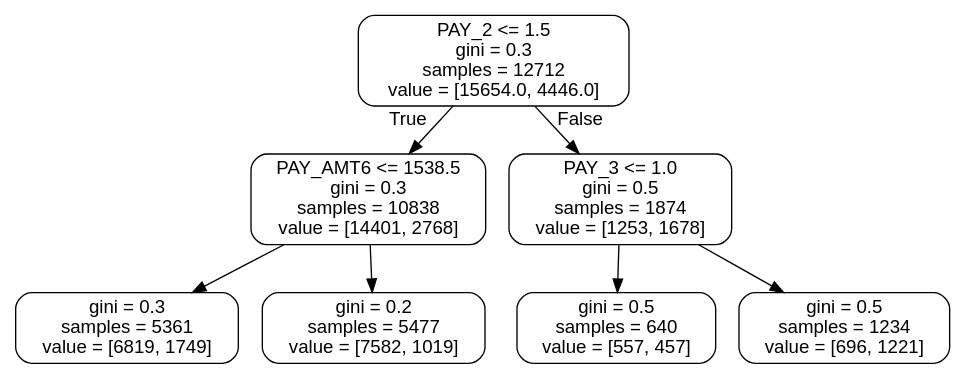
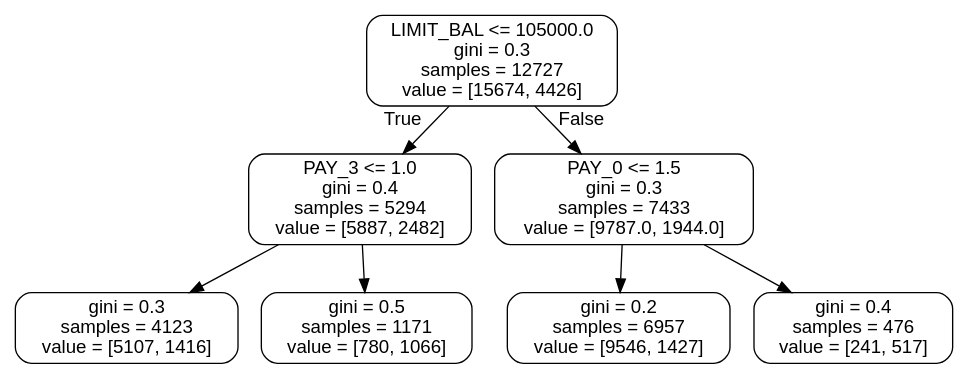
One commit to tvsiddhu/AILearn_PyCode changed the diagram in res/img/tree.dot. Above: the diagram before and after it, drawn with Graphviz. The commit also changed 2 other files, not shown here.

```diff
--- a/res/img/tree.dot
+++ b/res/img/tree.dot
@@ -1,17 +1,17 @@
 digraph Tree {
 node [shape=box, style="rounded", color="black", fontname="helvetica"] ;
 edge [fontname="helvetica"] ;
-0 [label="PAY_2 <= 1.5\ngini = 0.3\nsamples = 12712\nvalue = [15654.0, 4446.0]"] ;
-1 [label="PAY_AMT6 <= 1538.5\ngini = 0.3\nsamples = 10838\nvalue = [14401, 2768]"] ;
+0 [label="LIMIT_BAL <= 105000.0\ngini = 0.3\nsamples = 12727\nvalue = [15674, 4426]"] ;
+1 [label="PAY_3 <= 1.0\ngini = 0.4\nsamples = 5294\nvalue = [5887, 2482]"] ;
 0 -> 1 [labeldistance=2.5, labelangle=45, headlabel="True"] ;
-2 [label="gini = 0.3\nsamples = 5361\nvalue = [6819, 1749]"] ;
+2 [label="gini = 0.3\nsamples = 4123\nvalue = [5107, 1416]"] ;
 1 -> 2 ;
-3 [label="gini = 0.2\nsamples = 5477\nvalue = [7582, 1019]"] ;
+3 [label="gini = 0.5\nsamples = 1171\nvalue = [780, 1066]"] ;
 1 -> 3 ;
-4 [label="PAY_3 <= 1.0\ngini = 0.5\nsamples = 1874\nvalue = [1253, 1678]"] ;
+4 [label="PAY_0 <= 1.5\ngini = 0.3\nsamples = 7433\nvalue = [9787.0, 1944.0]"] ;
 0 -> 4 [labeldistance=2.5, labelangle=-45, headlabel="False"] ;
-5 [label="gini = 0.5\nsamples = 640\nvalue = [557, 457]"] ;
+5 [label="gini = 0.2\nsamples = 6957\nvalue = [9546, 1427]"] ;
 4 -> 5 ;
-6 [label="gini = 0.5\nsamples = 1234\nvalue = [696, 1221]"] ;
+6 [label="gini = 0.4\nsamples = 476\nvalue = [241, 517]"] ;
 4 -> 6 ;
 }
```
